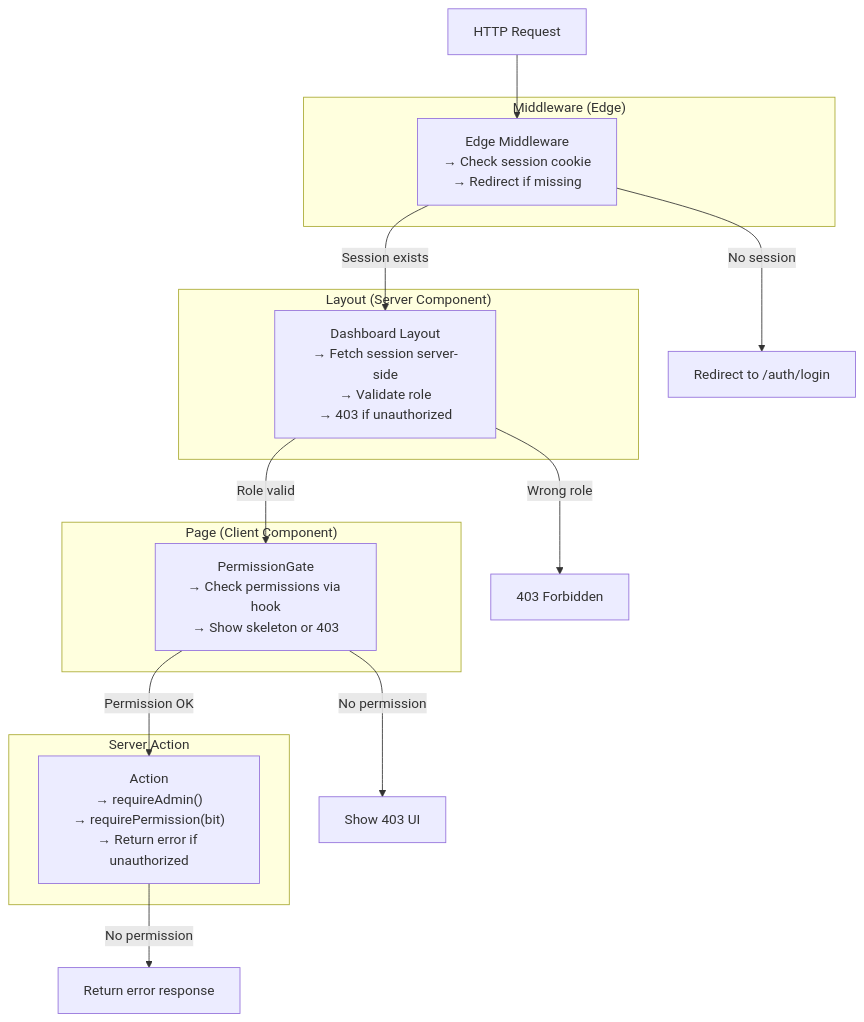
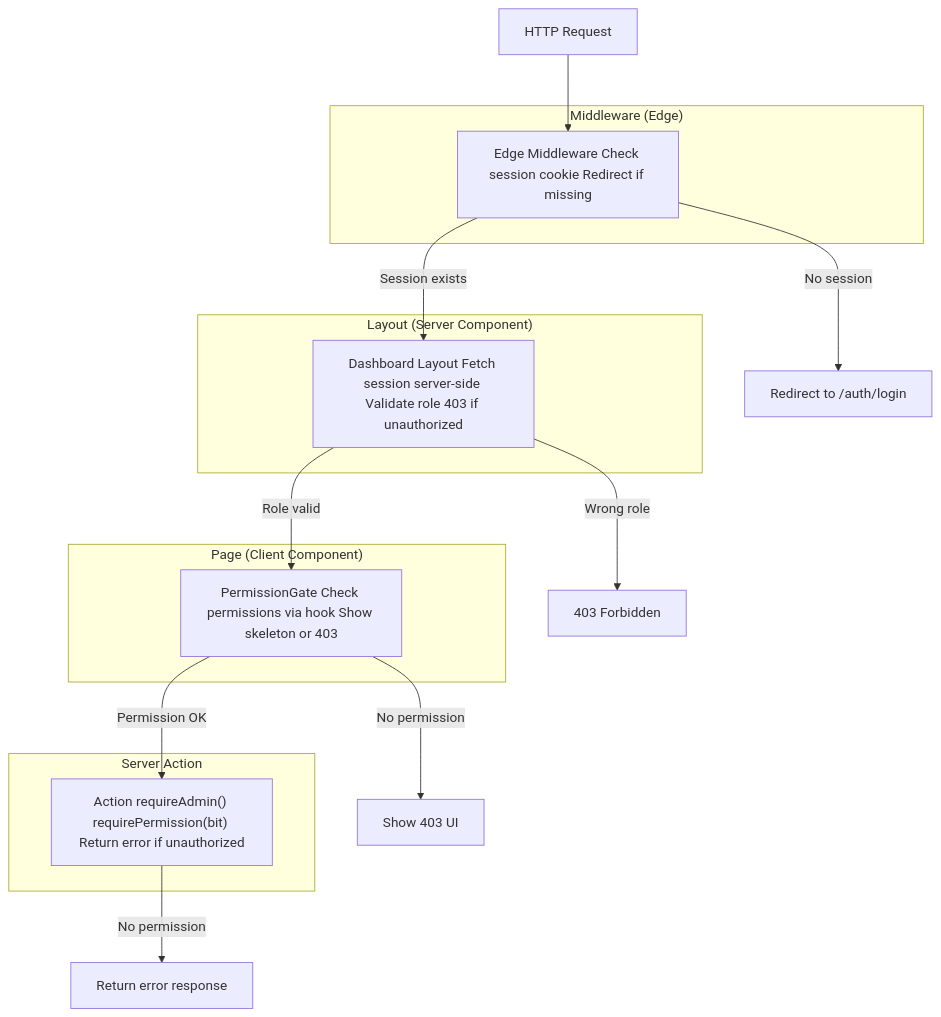
The first of 2 diagrams in docs/15-routing-middleware.md (dharshan47/rrckitchen), drawn with Mermaid before and after one commit. The commit also changed other lines of this file and 273 other files, not shown here.

````diff
--- a/docs/15-routing-middleware.md
+++ b/docs/15-routing-middleware.md
@@ -174,27 +174,28 @@
 ```mermaid
-graph TB
+%%{init: {'flowchart': {'curve': 'basis', 'useMaxWidth': true, 'nodeSpacing': 80, 'rankSpacing': 60}}}%%
+flowchart TB
     subgraph "Middleware (Edge)"
-        MW["Edge Middleware<br/>→ Check session cookie<br/>→ Redirect if missing"]
+        MW["Edge Middleware Check session cookie Redirect if missing"]
     end
 
     subgraph "Layout (Server Component)"
-        LL["Dashboard Layout<br/>→ Fetch session server-side<br/>→ Validate role<br/>→ 403 if unauthorized"]
+        LL["Dashboard Layout Fetch session server-side Validate role 403 if unauthorized"]
     end
 
     subgraph "Page (Client Component)"
-        PG["PermissionGate<br/>→ Check permissions via hook<br/>→ Show skeleton or 403"]
+        PG["PermissionGate Check permissions via hook Show skeleton or 403"]
     end
 
     subgraph "Server Action"
-        SA["Action<br/>→ requireAdmin()<br/>→ requirePermission(bit)<br/>→ Return error if unauthorized"]
+        SA["Action requireAdmin() requirePermission(bit) Return error if unauthorized"]
     end
 
     Request["HTTP Request"] --> MW
     MW -->|"Session exists"| LL
     LL -->|"Role valid"| PG
     PG -->|"Permission OK"| SA
     MW -->|"No session"| Login["Redirect to /auth/login"]
     LL -->|"Wrong role"| Forbidden["403 Forbidden"]
     PG -->|"No permission"| Forbidden403["Show 403 UI"]
     SA -->|"No permission"| ActionError["Return error response"]
 ```
````
